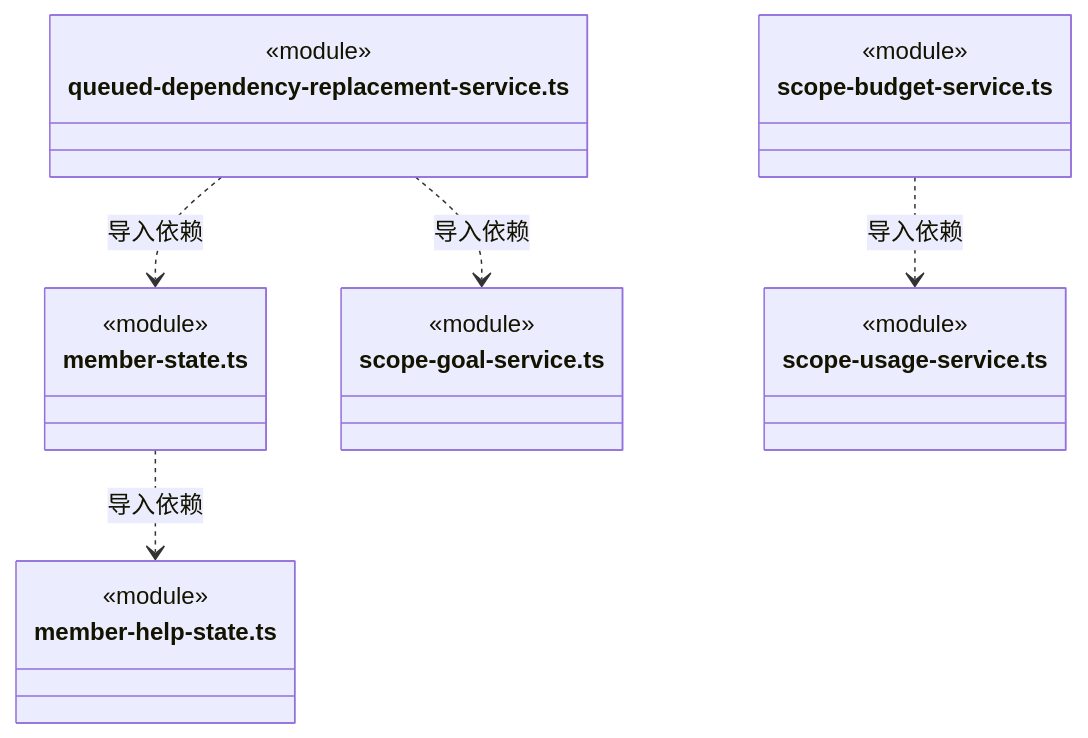
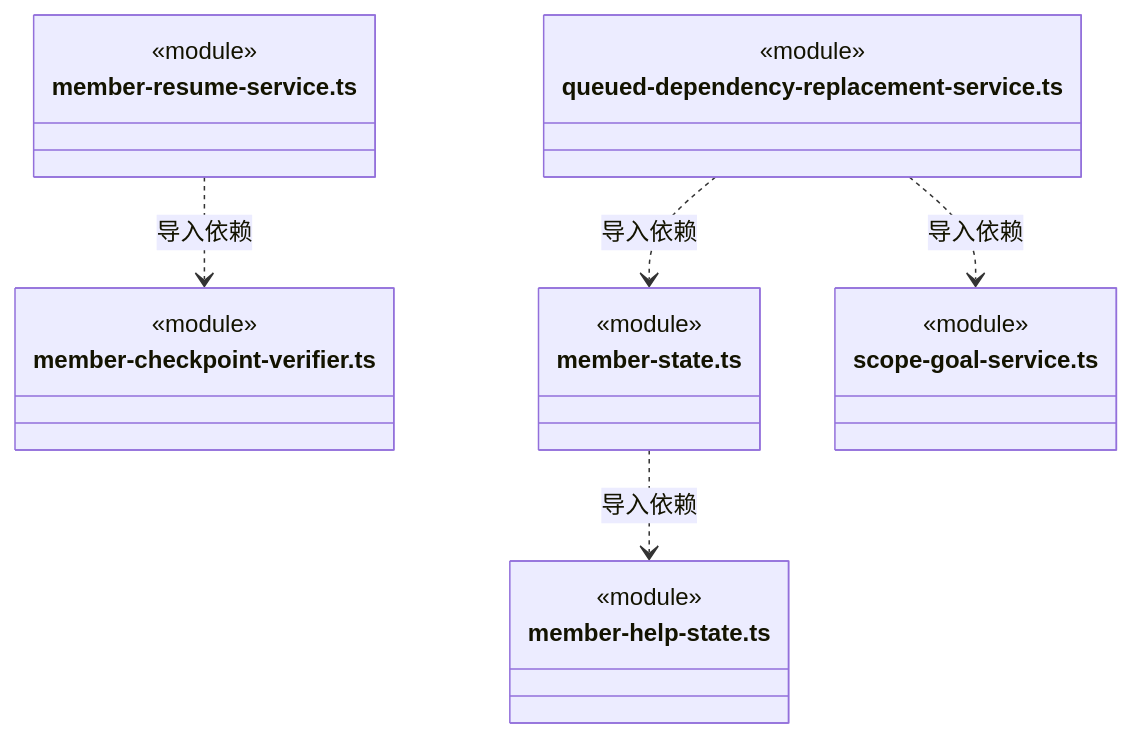
Before and after one commit to nan023062/cbim: diagram 52 of 59 in src/backend/scheduler-engine/execution/ARCHITECTURE.md, drawn with Mermaid. The commit also changed other lines of this file and 52 other files, not shown here.

````diff
--- a/src/backend/scheduler-engine/execution/ARCHITECTURE.md
+++ b/src/backend/scheduler-engine/execution/ARCHITECTURE.md
@@ -1326,25 +1388,25 @@
 ```mermaid
 classDiagram
+class N_src_backend_scheduler_engine_execution_member_resume_service_ts["member-resume-service.ts"] {
+  <<module>>
+}
+class N_src_backend_scheduler_engine_execution_member_checkpoint_verifier_ts["member-checkpoint-verifier.ts"] {
+  <<module>>
+}
 class N_src_backend_scheduler_engine_execution_member_state_ts["member-state.ts"] {
   <<module>>
 }
 class N_src_backend_scheduler_engine_execution_member_help_state_ts["member-help-state.ts"] {
   <<module>>
 }
 class N_src_backend_scheduler_engine_execution_queued_dependency_replacement_service_ts["queued-dependency-replacement-service.ts"] {
   <<module>>
 }
 class N_src_backend_scheduler_engine_execution_scope_goal_service_ts["scope-goal-service.ts"] {
   <<module>>
 }
-class N_src_backend_scheduler_engine_execution_scope_budget_service_ts["scope-budget-service.ts"] {
-  <<module>>
-}
-class N_src_backend_scheduler_engine_execution_scope_usage_service_ts["scope-usage-service.ts"] {
-  <<module>>
-}
+N_src_backend_scheduler_engine_execution_member_resume_service_ts ..> N_src_backend_scheduler_engine_execution_member_checkpoint_verifier_ts : 导入依赖
 N_src_backend_scheduler_engine_execution_member_state_ts ..> N_src_backend_scheduler_engine_execution_member_help_state_ts : 导入依赖
 N_src_backend_scheduler_engine_execution_queued_dependency_replacement_service_ts ..> N_src_backend_scheduler_engine_execution_member_state_ts : 导入依赖
 N_src_backend_scheduler_engine_execution_queued_dependency_replacement_service_ts ..> N_src_backend_scheduler_engine_execution_scope_goal_service_ts : 导入依赖
-N_src_backend_scheduler_engine_execution_scope_budget_service_ts ..> N_src_backend_scheduler_engine_execution_scope_usage_service_ts : 导入依赖
 ```
````
